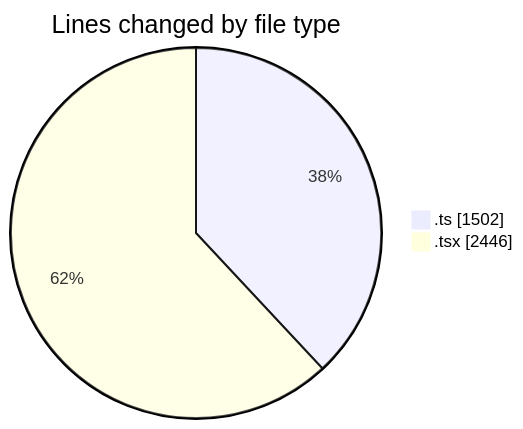
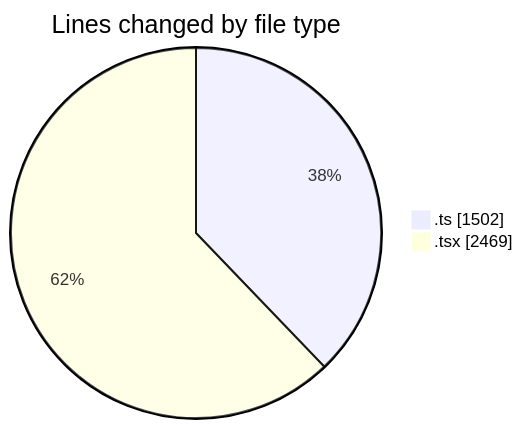
Before and after one commit to nxtqubesakshisongat/code-tracking: the first of 2 diagrams in 2026-03-04/nxtqube_webapp/README.md, drawn with Mermaid. The commit also changed other lines of this file and 1 other file, not shown here.

````diff
--- a/2026-03-04/nxtqube_webapp/README.md
+++ b/2026-03-04/nxtqube_webapp/README.md
@@ -26,6 +26,6 @@
 ```mermaid
 pie showData
 title Lines changed by file type
 ".ts" : 1502
-".tsx" : 2446
+".tsx" : 2469
 ```
````
